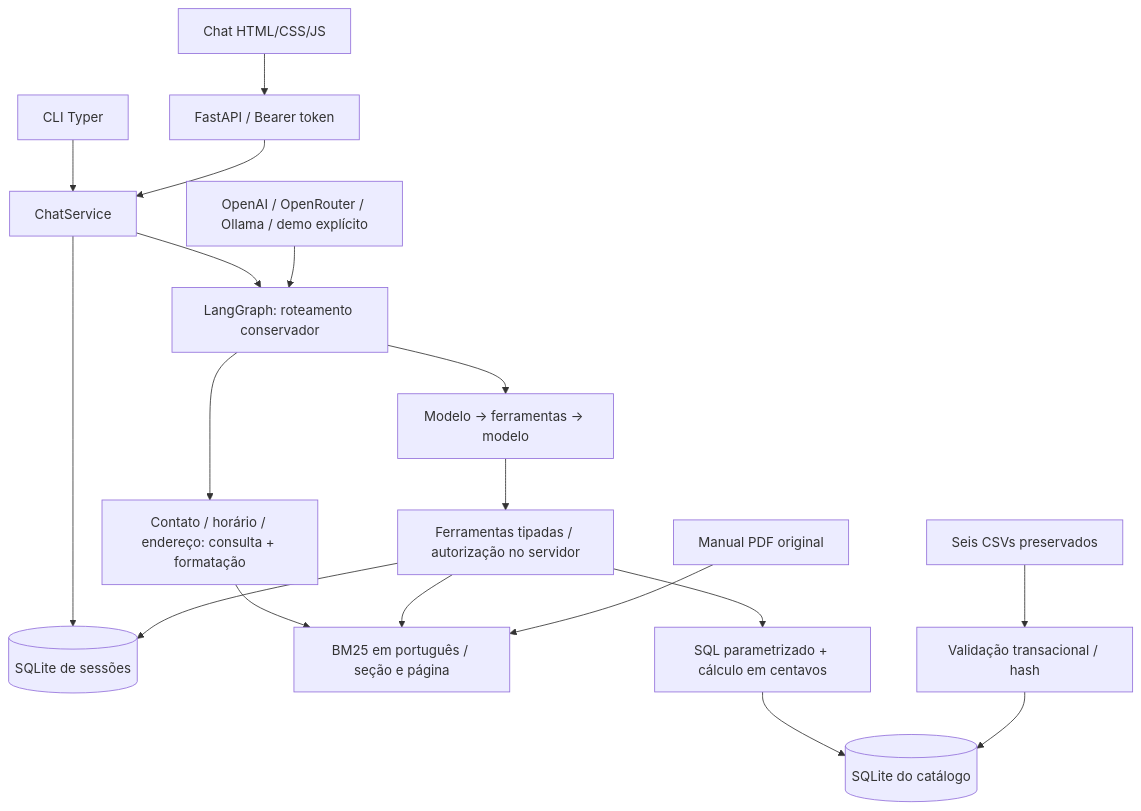
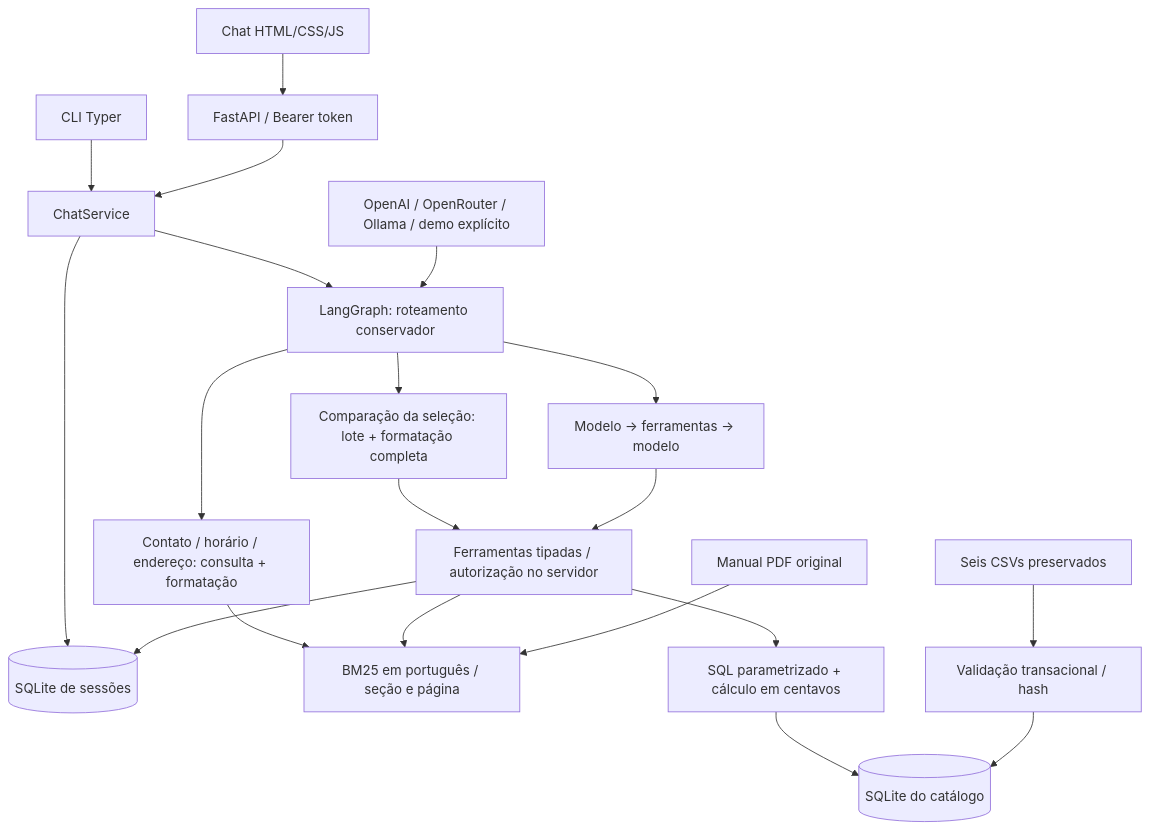
Before and after one commit to viniciiooss/case-artefact-ai-engineer: the diagram in docs/architecture.md, drawn with Mermaid. The commit also changed other lines of this file and 12 other files, not shown here.

````diff
--- a/docs/architecture.md
+++ b/docs/architecture.md
@@ -7,20 +7,22 @@
 ```mermaid
 flowchart TD
     UI[Chat HTML/CSS/JS] --> HTTP[FastAPI / Bearer token]
     CLI[CLI Typer] --> Service[ChatService]
     HTTP --> Service
     Service --> Sessions[(SQLite de sessões)]
     Service --> Graph[LangGraph: roteamento conservador]
     Graph --> FAQ[Contato / horário / endereço: consulta + formatação]
     FAQ --> BM25
+    Graph --> Comparison[Comparação da seleção: lote + formatação completa]
+    Comparison --> Tools
     Graph --> Agent[Modelo → ferramentas → modelo]
     Provider[OpenAI / OpenRouter / Ollama / demo explícito] --> Graph
     Agent --> Tools[Ferramentas tipadas / autorização no servidor]
     Tools --> SQL[SQL parametrizado + cálculo em centavos]
     SQL --> Catalog[(SQLite do catálogo)]
     CSV[Seis CSVs preservados] --> Ingest[Validação transacional / hash]
     Ingest --> Catalog
     Tools --> BM25[BM25 em português / seção e página]
     PDF[Manual PDF original] --> BM25
     Tools --> Sessions
 ```
````
